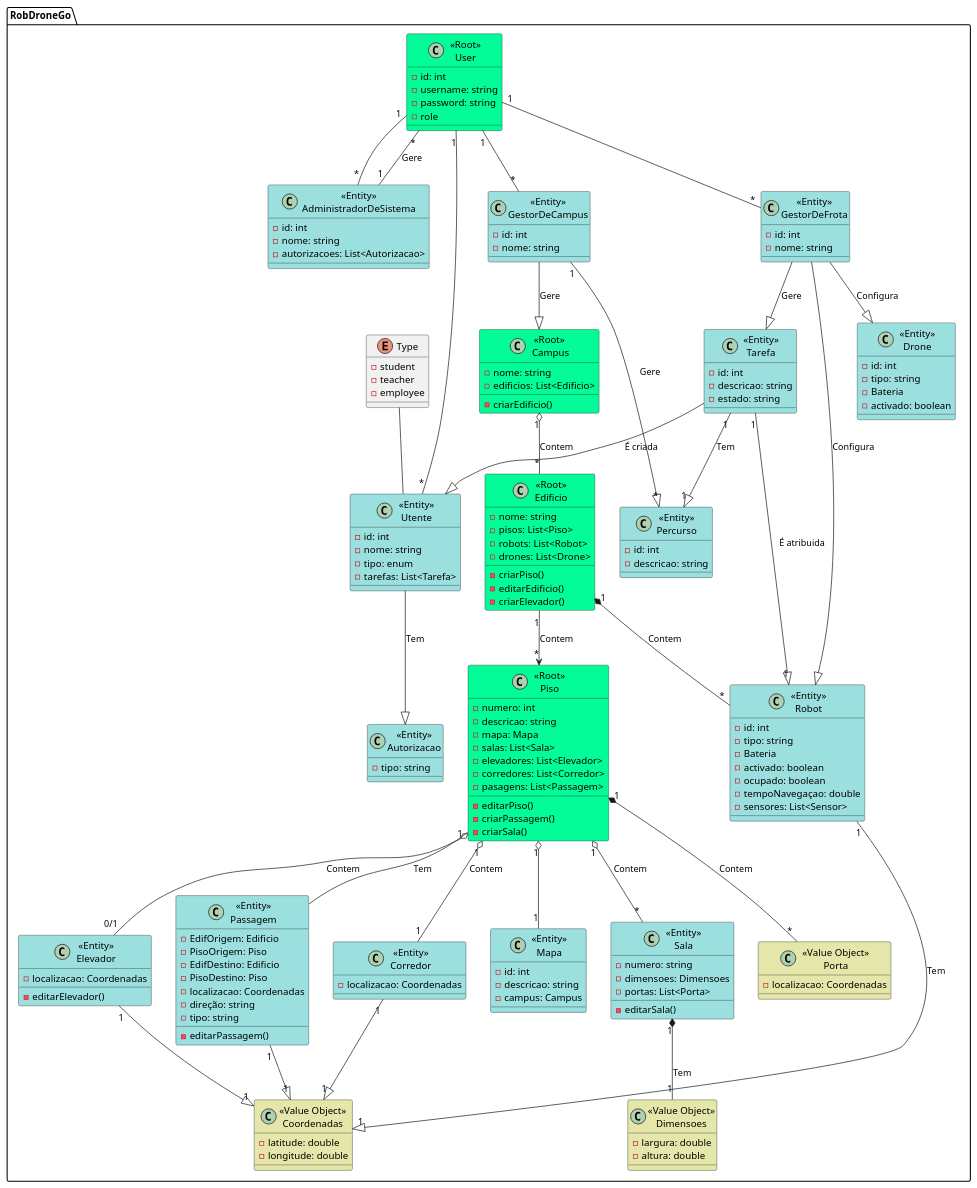
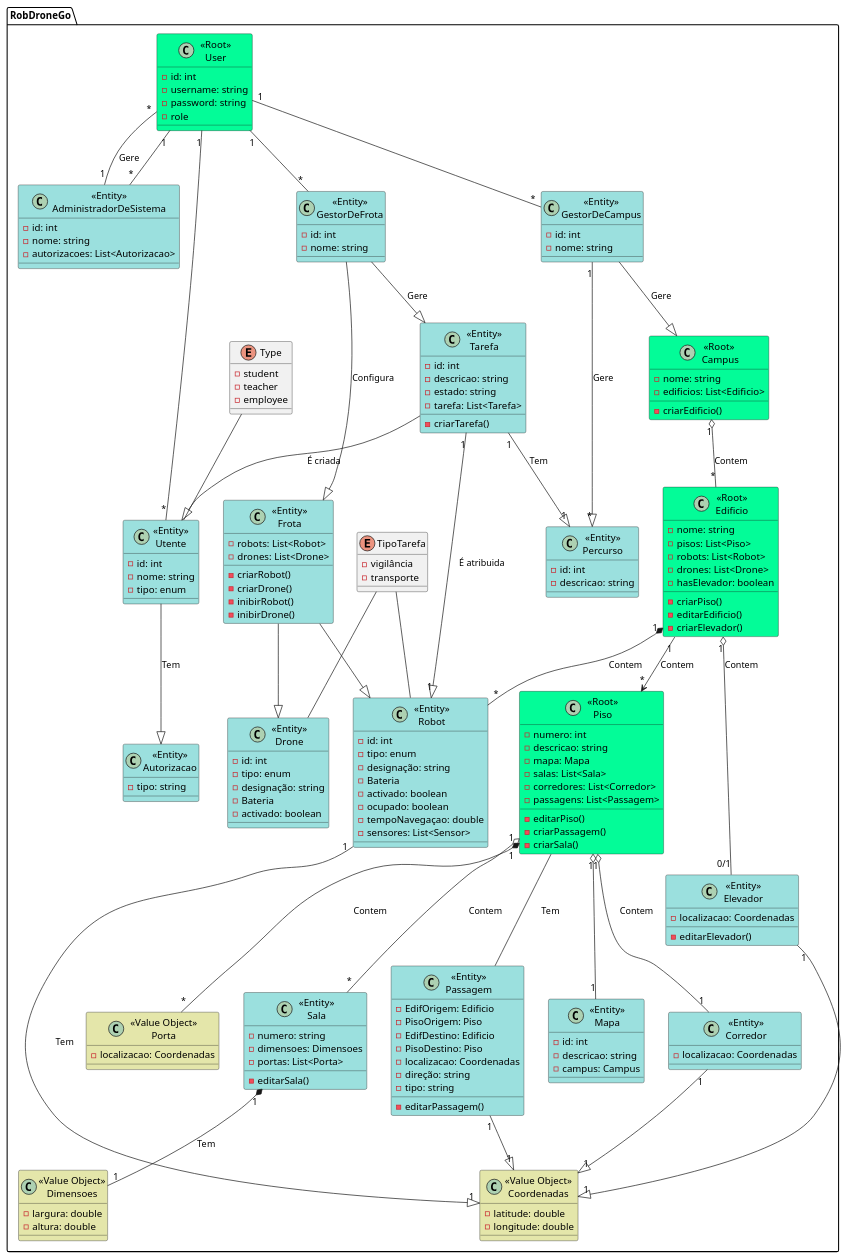
The diagram in Wiki/Modelo Dominio/modeloDominio.puml (mascenso/isep-sem5-lapr5), drawn with PlantUML before and after one commit.

Commit message:
[Sprint A][US760] Update ao modelo de dominio

```diff
--- a/Wiki/Modelo Dominio/modeloDominio.puml
+++ b/Wiki/Modelo Dominio/modeloDominio.puml
@@ -8,11 +8,21 @@
     - criarEdificio()
   }
 
+  class "<<Entity>>\nFrota" as Frota #9be0de{
+    - robots: List<Robot>
+    - drones: List<Drone>
+    - criarRobot()
+    - criarDrone()
+    - inibirRobot()
+    - inibirDrone()
+  }
+
   class "<<Root>>\nEdificio" as Edificio #03fc98{
     - nome: string
     - pisos: List<Piso>
     - robots: List<Robot>
     - drones: List<Drone>
+    - hasElevador: boolean
     - criarPiso()
     - editarEdificio()
     - criarElevador()
@@ -23,9 +33,8 @@
     - descricao: string
     - mapa: Mapa
     - salas: List<Sala>
-    - elevadores: List<Elevador>
     - corredores: List<Corredor>
-    - pasagens: List<Passagem>
+    - passagens: List<Passagem>
     - editarPiso()
     - criarPassagem()
     - criarSala()
@@ -49,7 +58,8 @@
 
   class "<<Entity>>\nRobot" as Robot #9be0de{
     - id: int
-    - tipo: string
+    - tipo: enum
+    - designação: string
     - Bateria
     - activado: boolean
     - ocupado: boolean
@@ -59,7 +69,8 @@
 
   class "<<Entity>>\nDrone" as Drone #9be0de{
     - id: int
-    - tipo: string
+    - tipo: enum
+    - designação: string
     - Bateria
     - activado: boolean
   }
@@ -68,7 +79,6 @@
     - id: int
     - nome: string
     - tipo: enum
-    - tarefas: List<Tarefa>
   }
 
   enum Type{
@@ -97,6 +107,12 @@
     - id: int
     - descricao: string
     - estado: string
+    - tarefa: List<Tarefa>
+    - criarTarefa()
+  }
+  enum "TipoTarefa" as TipoTarefa{
+    - vigilância
+    - transporte
   }
 
   class "<<Entity>>\nPercurso" as Percurso #9be0de{
@@ -151,13 +167,14 @@
   Campus "1" o-- "*" Edificio : Contem
   Edificio "1" --> "*" Piso : Contem
   Piso "1" o-- "*" Sala : Contem
-  Piso "1" o-- "0/1" Elevador : Contem
+  Edificio "1" o-- "0/1" Elevador : Contem
   Piso "1" o-- "1" Corredor : Contem
   Piso "1" *-- "*" Porta : Contem
   Edificio "1" *-- "*" Robot : Contem
   Utente --|> Autorizacao : Tem
-  GestorDeFrota --|> Robot : Configura
-  GestorDeFrota --|> Drone : Configura
+  GestorDeFrota --|> Frota :Configura
+  Frota --|> Robot
+  Frota --|> Drone
   GestorDeFrota --|> Tarefa : Gere
   GestorDeCampus --|> Campus :Gere
   GestorDeCampus "1" --|> "*"Percurso: Gere
@@ -177,6 +194,8 @@
   Passagem "1"--|> "1"Coordenadas
   Elevador "1"--|> "1"Coordenadas
   Corredor "1"--|> "1"Coordenadas
+  TipoTarefa -- Robot
+  TipoTarefa -- Drone
 }
 
 @enduml
```
